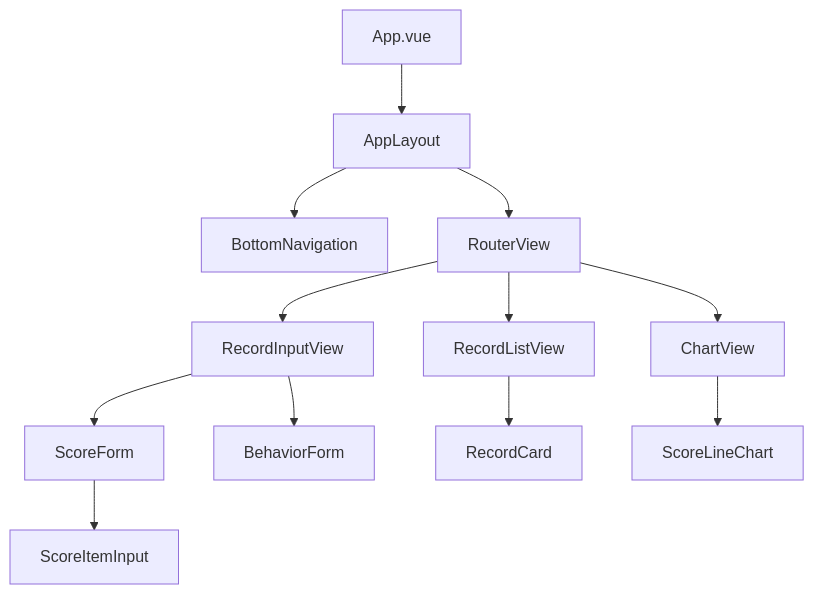
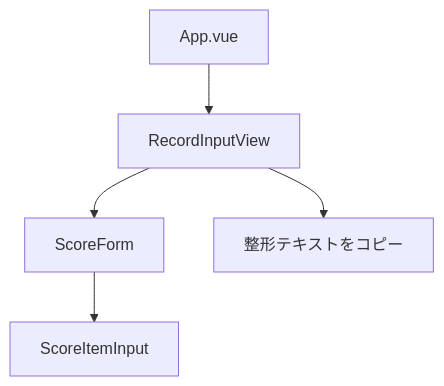
The third of 4 diagrams in docs/design.md (HaraRyonosuke/condition-tracker), drawn with Mermaid before and after one commit. The commit also changed other lines of this file and 2 other files, not shown here.

````diff
--- a/docs/design.md
+++ b/docs/design.md
@@ -144,19 +148,8 @@
 ```mermaid
 graph TD
     App[App.vue]
-    App --> Layout[AppLayout]
-    Layout --> Nav[BottomNavigation]
-    Layout --> Router[RouterView]
-
-    Router --> Input[RecordInputView]
-    Router --> List[RecordListView]
-    Router --> Chart[ChartView]
-
+    App --> Input[RecordInputView]
     Input --> ScoreForm[ScoreForm]
-    Input --> BehaviorForm[BehaviorForm]
     ScoreForm --> ScoreItem[ScoreItemInput]
-
-    List --> RecordCard[RecordCard]
-
-    Chart --> LineChart[ScoreLineChart]
+    Input --> CopyAction[整形テキストをコピー]
 ```
````
